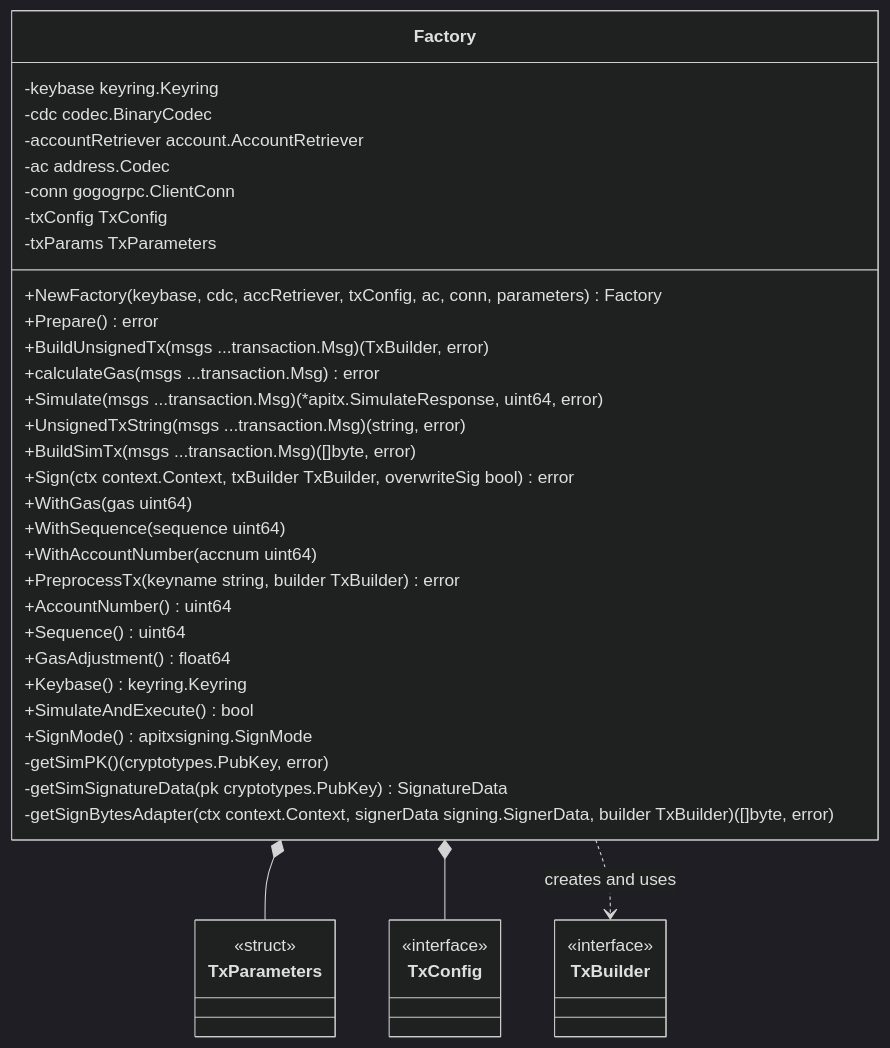
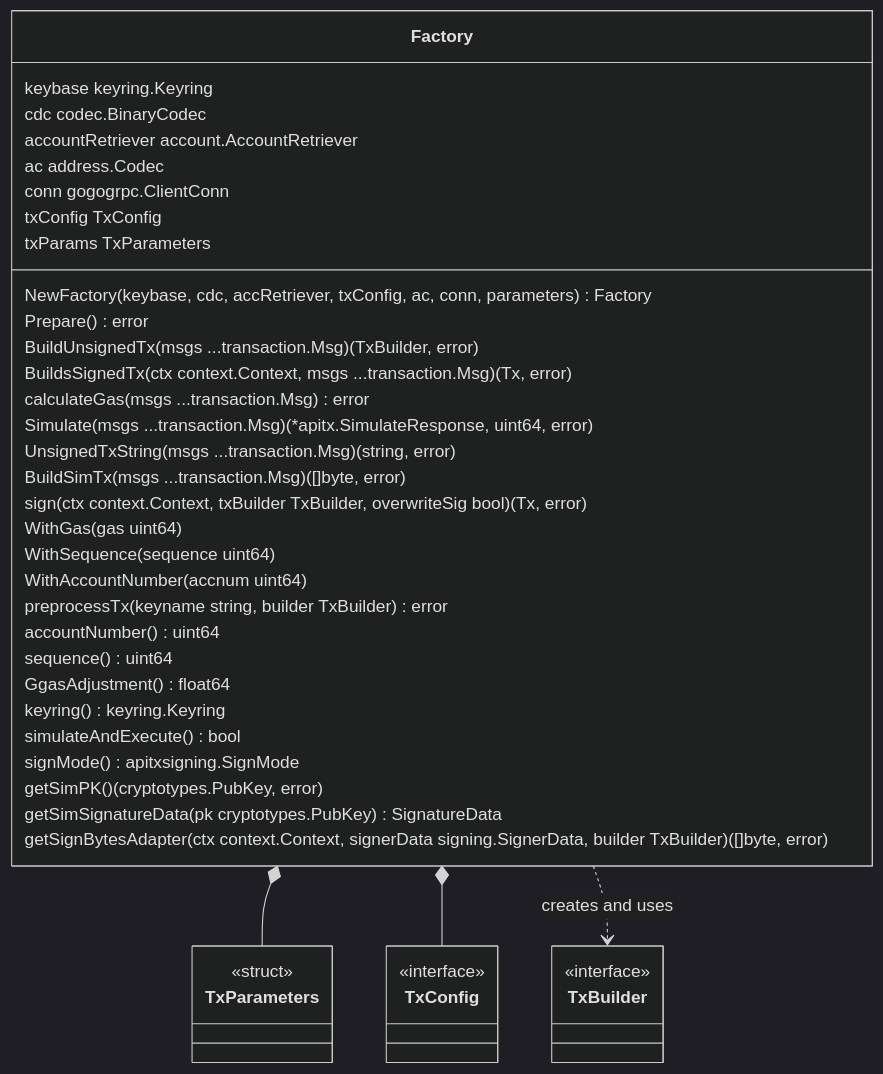
One commit to cosmos/cosmos-sdk changed the fourth of 9 diagrams in client/v2/tx/README.md. Above: the diagram before and after it, drawn with Mermaid (dark theme). The commit also changed other lines of this file and 3 other files, not shown here.

Commit message:
update: buildSignedTx

````diff
--- a/client/v2/tx/README.md
+++ b/client/v2/tx/README.md
@@ -187,50 +187,51 @@
 ```mermaid
 classDiagram
     class Factory {
-        -keybase keyring.Keyring
-        -cdc codec.BinaryCodec
-        -accountRetriever account.AccountRetriever
-        -ac address.Codec
-        -conn gogogrpc.ClientConn
-        -txConfig TxConfig
-        -txParams TxParameters
+        keybase keyring.Keyring
+        cdc codec.BinaryCodec
+        accountRetriever account.AccountRetriever
+        ac address.Codec
+        conn gogogrpc.ClientConn
+        txConfig TxConfig
+        txParams TxParameters
 
-        +NewFactory(keybase, cdc, accRetriever, txConfig, ac, conn, parameters) Factory
-        +Prepare() error
-        +BuildUnsignedTx(msgs ...transaction.Msg) (TxBuilder, error)
-        +calculateGas(msgs ...transaction.Msg) error
-        +Simulate(msgs ...transaction.Msg) (*apitx.SimulateResponse, uint64, error)
-        +UnsignedTxString(msgs ...transaction.Msg) (string, error)
-        +BuildSimTx(msgs ...transaction.Msg) ([]byte, error)
-        +Sign(ctx context.Context, txBuilder TxBuilder, overwriteSig bool) error
-        +WithGas(gas uint64)
-        +WithSequence(sequence uint64)
-        +WithAccountNumber(accnum uint64)
-        +PreprocessTx(keyname string, builder TxBuilder) error
-        +AccountNumber() uint64
-        +Sequence() uint64
-        +GasAdjustment() float64
-        +Keybase() keyring.Keyring
-        +SimulateAndExecute() bool
-        +SignMode() apitxsigning.SignMode
-        -getSimPK() (cryptotypes.PubKey, error)
-        -getSimSignatureData(pk cryptotypes.PubKey) SignatureData
-        -getSignBytesAdapter(ctx context.Context, signerData signing.SignerData, builder TxBuilder) ([]byte, error)
+        NewFactory(keybase, cdc, accRetriever, txConfig, ac, conn, parameters) Factory
+        Prepare() error
+        BuildUnsignedTx(msgs ...transaction.Msg) (TxBuilder, error)
+        BuildsSignedTx(ctx context.Context, msgs ...transaction.Msg) (Tx, error)
+        calculateGas(msgs ...transaction.Msg) error
+        Simulate(msgs ...transaction.Msg) (*apitx.SimulateResponse, uint64, error)
+        UnsignedTxString(msgs ...transaction.Msg) (string, error)
+        BuildSimTx(msgs ...transaction.Msg) ([]byte, error)
+        sign(ctx context.Context, txBuilder TxBuilder, overwriteSig bool) (Tx, error)
+        WithGas(gas uint64)
+        WithSequence(sequence uint64)
+        WithAccountNumber(accnum uint64)
+        preprocessTx(keyname string, builder TxBuilder) error
+        accountNumber() uint64
+        sequence() uint64
+        GgasAdjustment() float64
+        keyring() keyring.Keyring
+        simulateAndExecute() bool
+        signMode() apitxsigning.SignMode
+        getSimPK() (cryptotypes.PubKey, error)
+        getSimSignatureData(pk cryptotypes.PubKey) SignatureData
+        getSignBytesAdapter(ctx context.Context, signerData signing.SignerData, builder TxBuilder) ([]byte, error)
     }
 
     class TxParameters {
         <<struct>>
     }
 
     class TxConfig {
         <<interface>>
     }
 
     class TxBuilder {
         <<interface>>
     }
 
     Factory *-- TxParameters
     Factory *-- TxConfig
     Factory ..> TxBuilder : creates and uses
 ```
````
